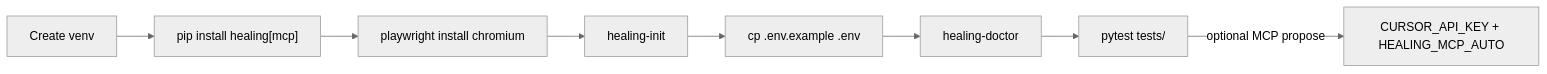
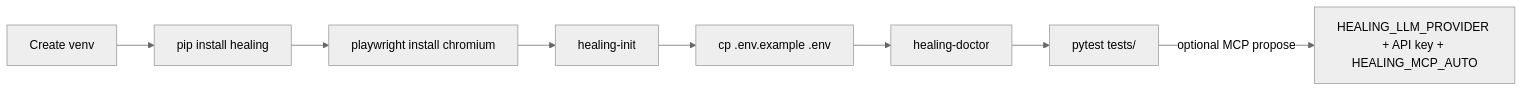
One commit to arunambadikv/self-healing-framework changed the diagram in docs/attachments/installation-flow.mmd. Above: the diagram before and after it, drawn with Mermaid (neutral theme). The commit also changed 37 other files, not shown here.

First line of the commit message:
Ship Gemini/Groq propose in the core package and refresh consumer skills after git install.

```diff
--- a/docs/attachments/installation-flow.mmd
+++ b/docs/attachments/installation-flow.mmd
@@ -1,8 +1,8 @@
 flowchart LR
-  A[Create venv] --> B["pip install healing[mcp]"]
+  A[Create venv] --> B["pip install healing"]
   B --> C[playwright install chromium]
   C --> D[healing-init]
   D --> E[cp .env.example .env]
   E --> F[healing-doctor]
   F --> G[pytest tests/]
-  G -->|optional MCP propose| H[CURSOR_API_KEY + HEALING_MCP_AUTO]
+  G -->|optional MCP propose| H[HEALING_LLM_PROVIDER + API key + HEALING_MCP_AUTO]
```
